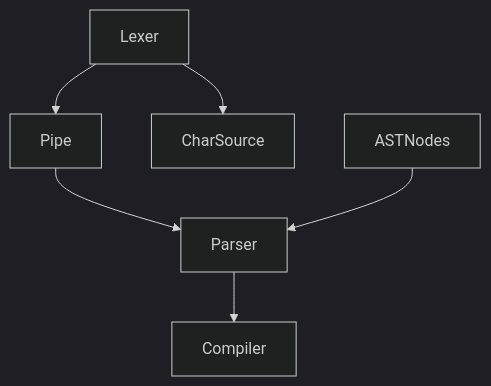
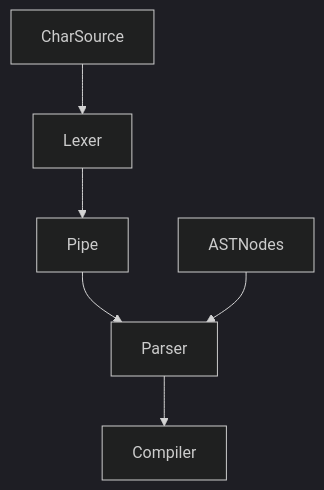
Before and after one commit to Ramzeeset/Expression-Parser: the diagram in README.md, drawn with Mermaid (dark theme).

````diff
--- a/README.md
+++ b/README.md
@@ -7,8 +7,8 @@
 ```mermaid
 graph TD;
     Lexer-->Pipe;
-    Lexer-->CharSource;
+    CharSource-->Lexer;
     Pipe-->Parser;
     ASTNodes-->Parser;
     Parser-->Compiler;
 ```
````
